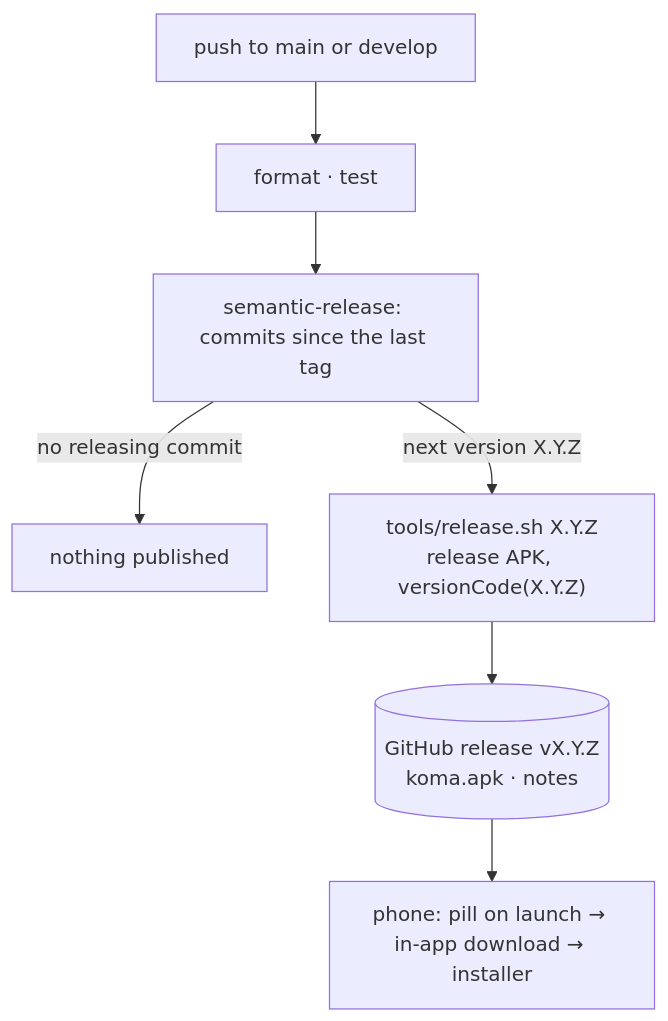
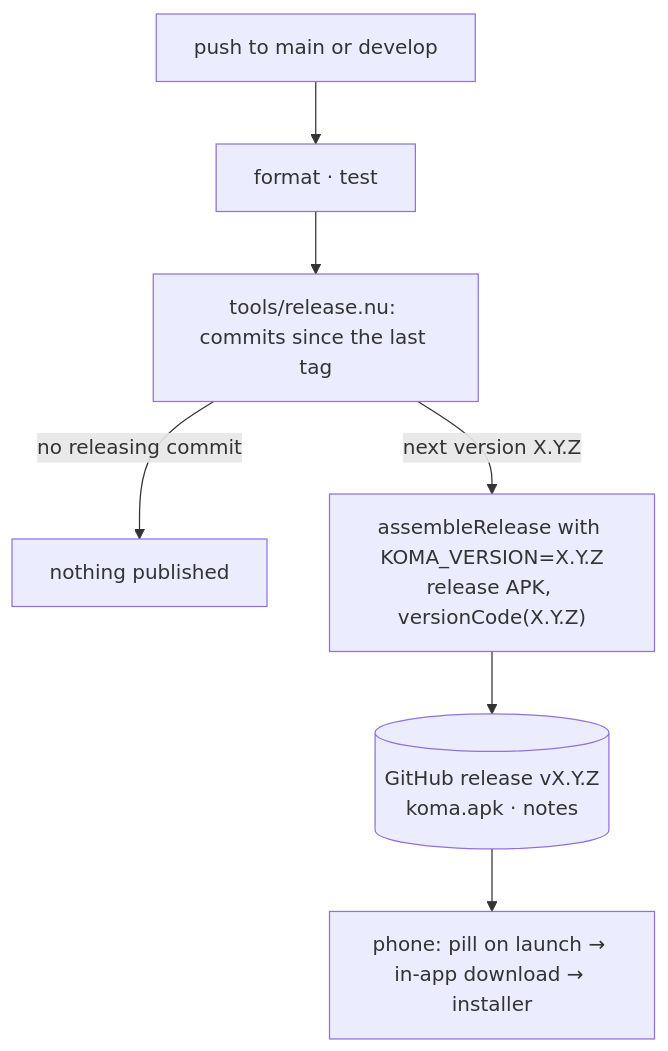
One commit to antoine-bouteiller/koma changed the diagram in doc/architecture/specs/distribution.spec.md. Above: the diagram before and after it, drawn with Mermaid. The commit also changed other lines of this file and 12 other files, not shown here.

Commit message:
chore(release): replace semantic-release with Nushell

````diff
--- a/doc/architecture/specs/distribution.spec.md
+++ b/doc/architecture/specs/distribution.spec.md
@@ -67,9 +73,9 @@
 ```mermaid
 flowchart TB
   P["push to main or develop"] --> G["format · test"]
-  G --> S["semantic-release: commits since the last tag"]
+  G --> S["tools/release.nu: commits since the last tag"]
   S -->|"no releasing commit"| X["nothing published"]
-  S -->|"next version X.Y.Z"| B["tools/release.sh X.Y.Z<br/>release APK, versionCode(X.Y.Z)"]
+  S -->|"next version X.Y.Z"| B["assembleRelease with KOMA_VERSION=X.Y.Z<br/>release APK, versionCode(X.Y.Z)"]
   B --> R[("GitHub release vX.Y.Z<br/>koma.apk · notes")]
   R --> Ph["phone: pill on launch → in-app download → installer"]
 ```
````
